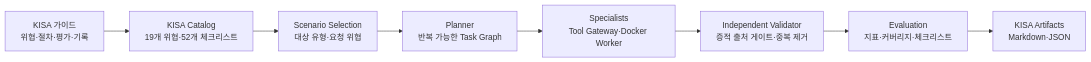
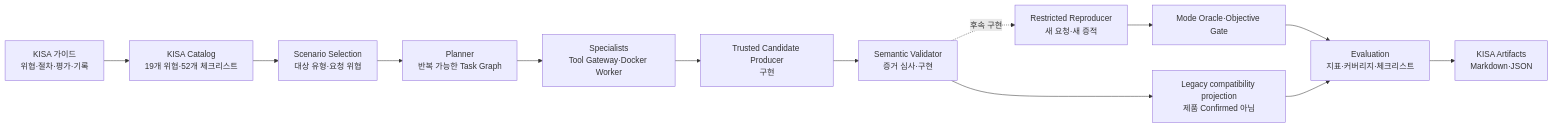
One commit to HYEXE/PAJIN changed the diagram in docs/KISA_TRACEABILITY.md. Above: the diagram before and after it, drawn with Mermaid. The commit also changed other lines of this file and 14 other files, not shown here.

````diff
--- a/docs/KISA_TRACEABILITY.md
+++ b/docs/KISA_TRACEABILITY.md
@@ -14,10 +17,15 @@
 ```mermaid
 flowchart LR
     G["KISA 가이드<br/>위협·절차·평가·기록"] --> C["KISA Catalog<br/>19개 위협·52개 체크리스트"]
     C --> S["Scenario Selection<br/>대상 유형·요청 위협"]
     S --> P["Planner<br/>반복 가능한 Task Graph"]
     P --> X["Specialists<br/>Tool Gateway·Docker Worker"]
-    X --> V["Independent Validator<br/>증적 출처 게이트·중복 제거"]
-    V --> E["Evaluation<br/>지표·커버리지·체크리스트"]
+    X --> CP["Trusted Candidate Producer<br/>구현"]
+    CP --> V["Semantic Validator<br/>증거 심사·구현"]
+    V -. "후속 구현" .-> RR["Restricted Reproducer<br/>새 요청·새 증적"]
+    RR --> O["Mode Oracle·Objective Gate"]
+    V --> L["Legacy compatibility projection<br/>제품 Confirmed 아님"]
+    O --> E["Evaluation<br/>지표·커버리지·체크리스트"]
+    L --> E
     E --> R["KISA Artifacts<br/>Markdown·JSON"]
 ```
````
